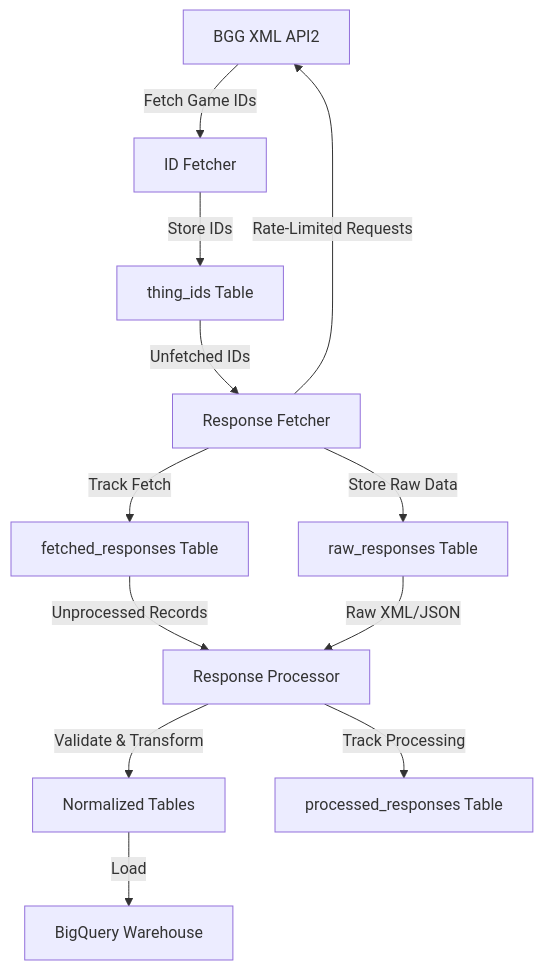
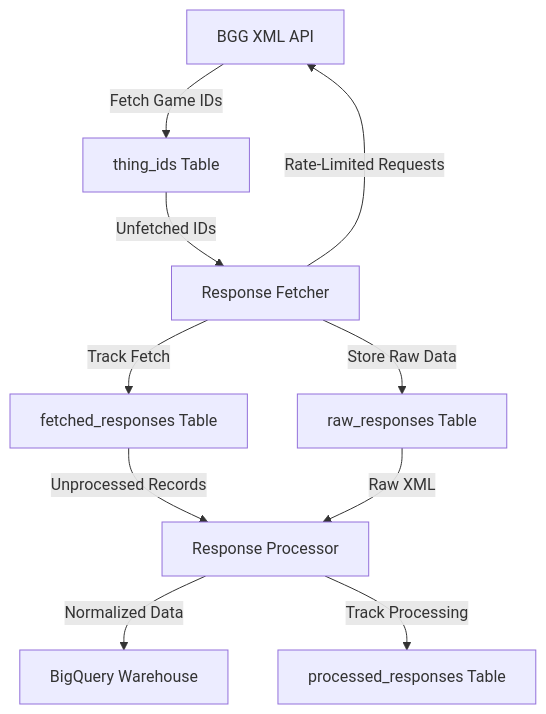
The diagram in README.md (phenrickson/bgg-data-warehouse), drawn with Mermaid before and after one commit. The commit also changed other lines of this file, not shown here.

````diff
--- a/README.md
+++ b/README.md
@@ -78,14 +29,12 @@
 ```mermaid
 graph TD
-    A[BGG XML API2] -->|Fetch Game IDs| B[ID Fetcher]
-    B -->|Store IDs| C[thing_ids Table]
-    C -->|Unfetched IDs| D[Response Fetcher]
-    D -->|Rate-Limited Requests| A
-    D -->|Store Raw Data| E[raw_responses Table]
-    D -->|Track Fetch| F[fetched_responses Table]
-    F -->|Unprocessed Records| G[Response Processor]
-    E -->|Raw XML/JSON| G
-    G -->|Validate & Transform| H[Normalized Tables]
-    G -->|Track Processing| I[processed_responses Table]
-    H -->|Load| J[BigQuery Warehouse]
+    A[BGG XML API] -->|Fetch Game IDs| B[thing_ids Table]
+    B -->|Unfetched IDs| C[Response Fetcher]
+    C -->|Rate-Limited Requests| A
+    C -->|Store Raw Data| D[raw_responses Table]
+    C -->|Track Fetch| E[fetched_responses Table]
+    E -->|Unprocessed Records| F[Response Processor]
+    D -->|Raw XML| F
+    F -->|Normalized Data| G[BigQuery Warehouse]
+    F -->|Track Processing| H[processed_responses Table]
 ```
````
